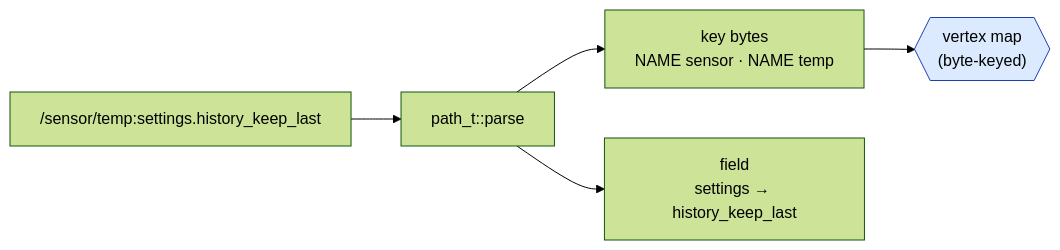
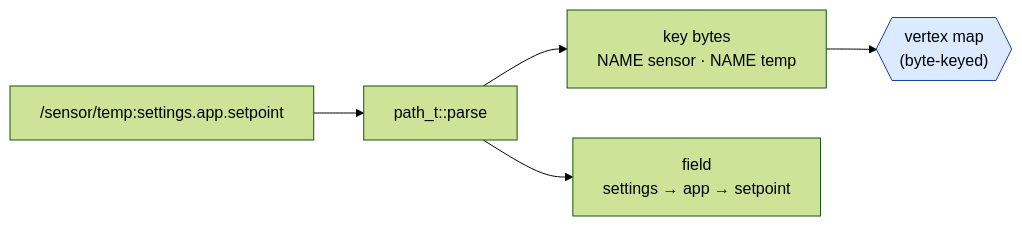
Before and after one commit to avatarsd-llc/libtracer: the diagram in docs/modules/path.md, drawn with Mermaid (forest theme). The commit also changed other lines of this file and 42 other files, not shown here.

````diff
--- a/docs/modules/path.md
+++ b/docs/modules/path.md
@@ -47,9 +47,9 @@
 ```{mermaid}
 flowchart LR
-    S["/sensor/temp:settings.history_keep_last"] --> P[path_t::parse]
+    S["/sensor/temp:settings.app.setpoint"] --> P[path_t::parse]
     P --> K["key bytes<br/>NAME sensor · NAME temp"]
-    P --> F["field<br/>settings → history_keep_last"]
+    P --> F["field<br/>settings → app → setpoint"]
     K --> M{{"vertex map<br/>(byte-keyed)"}}
     classDef e fill:#dbeafe,stroke:#1e40af
     class M e
 ```
````
